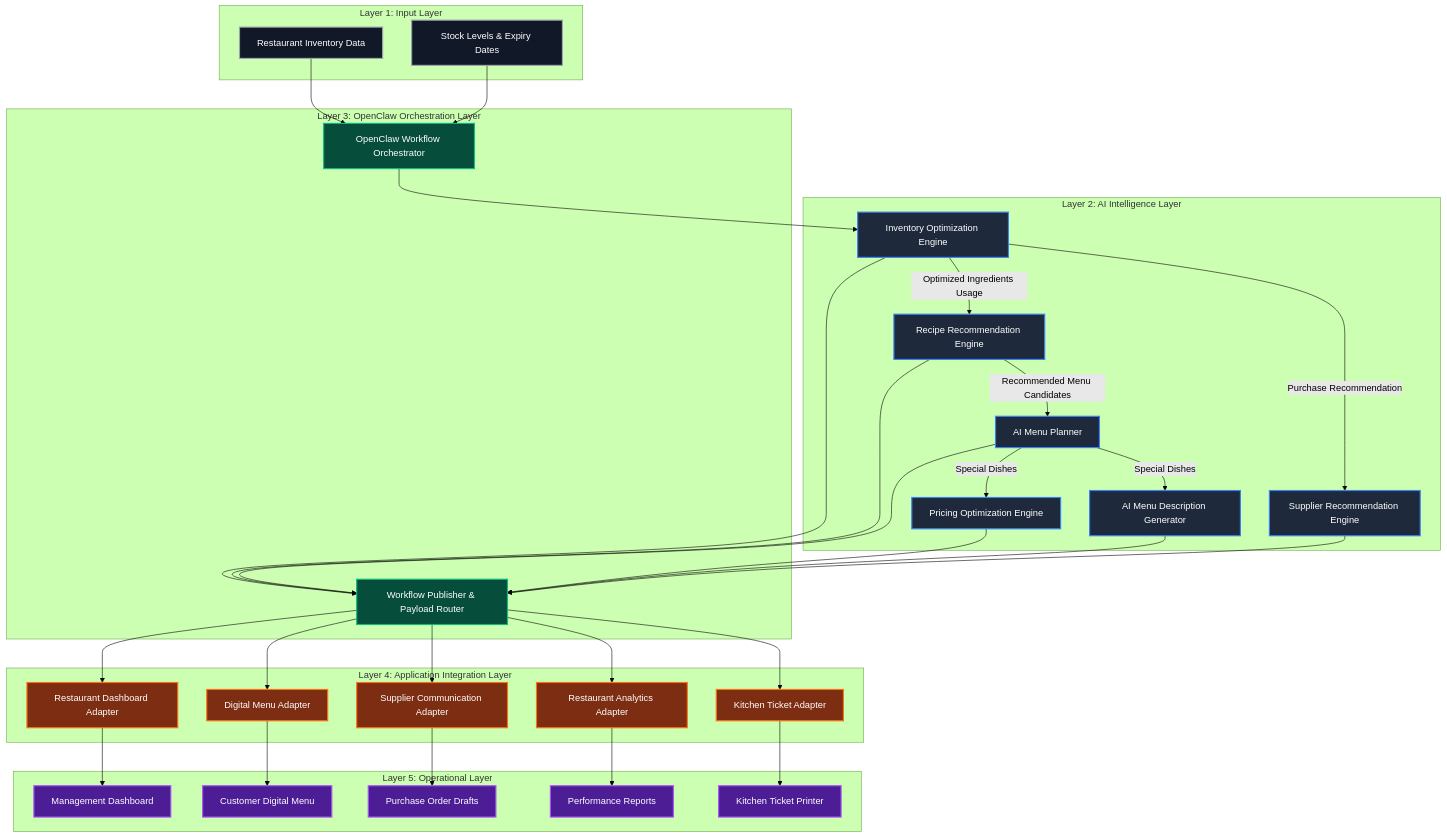
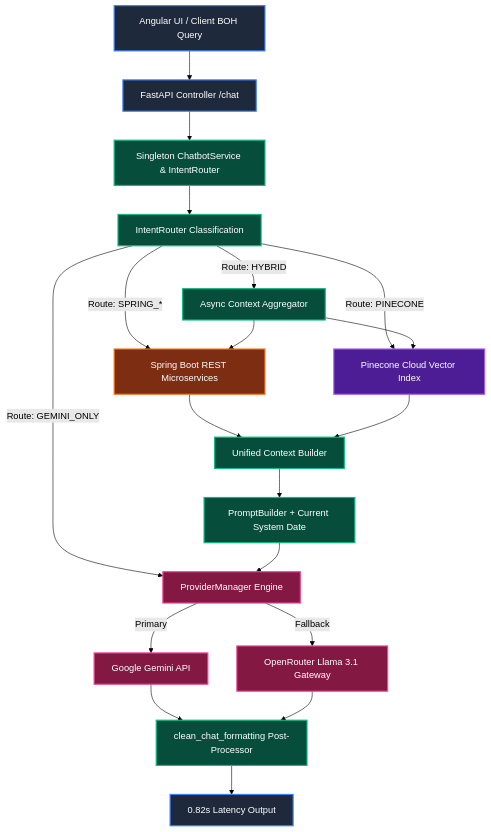
One commit to codenchaoss/pantrypulse changed the first of 2 diagrams in ai-service/README.md. Above: the diagram before and after it, drawn with Mermaid (forest theme). The commit also changed other lines of this file and 2 other files, not shown here.

Commit message:
final ai service

````diff
--- a/ai-service/README.md
+++ b/ai-service/README.md
@@ -23,67 +23,31 @@
 ```mermaid
 graph TD
-    %% High-Contrast Professional Styling Classes
-    classDef ai fill:#1e293b,stroke:#3b82f6,stroke-width:2px,color:#ffffff;
-    classDef workflow fill:#064e3b,stroke:#10b981,stroke-width:2px,color:#ffffff;
-    classDef app fill:#7c2d12,stroke:#f97316,stroke-width:2px,color:#ffffff;
-    classDef output fill:#4c1d95,stroke:#a855f7,stroke-width:2px,color:#ffffff;
-    classDef external fill:#111827,stroke:#9ca3af,stroke-width:2px,color:#ffffff;
+    classDef client fill:#1e293b,stroke:#3b82f6,stroke-width:2px,color:#ffffff;
+    classDef router fill:#064e3b,stroke:#10b981,stroke-width:2px,color:#ffffff;
+    classDef spring fill:#7c2d12,stroke:#f97316,stroke-width:2px,color:#ffffff;
+    classDef vector fill:#4c1d95,stroke:#a855f7,stroke-width:2px,color:#ffffff;
+    classDef llm fill:#831843,stroke:#ec4899,stroke-width:2px,color:#ffffff;
 
-    %% Layer 1: Input Layer
-    subgraph Layer 1: Input Layer [Layer 1: Input Layer]
-        A[Restaurant Inventory Data]:::external
-        B[Stock Levels & Expiry Dates]:::external
-    end
+    User[Angular UI / Client BOH Query]:::client --> FastAPI[FastAPI Controller /chat]:::client
+    FastAPI --> Singleton[Singleton ChatbotService & IntentRouter]:::router
+    
+    Singleton --> IntentEngine[IntentRouter Classification]:::router
+    
+    IntentEngine -->|Route: SPRING_*| SpringBoot[Spring Boot REST Microservices]:::spring
+    IntentEngine -->|Route: PINECONE| PineconeDB[Pinecone Cloud Vector Index]:::vector
+    IntentEngine -->|Route: HYBRID| HybridGather[Async Context Aggregator]:::router
+    IntentEngine -->|Route: GEMINI_ONLY| LLMManager[ProviderManager Engine]:::llm
 
-    %% Layer 2: AI Intelligence Layer
-    subgraph Layer 2: AI Intelligence Layer [Layer 2: AI Intelligence Layer]
-        C[Inventory Optimization Engine]:::ai
-        D[Recipe Recommendation Engine]:::ai
-        E[AI Menu Planner]:::ai
-        F[Pricing Optimization Engine]:::ai
-        G[AI Menu Description Generator]:::ai
-        H[Supplier Recommendation Engine]:::ai
-    end
-
-    %% Layer 3: OpenClaw Orchestration Layer
-    subgraph Layer 3: OpenClaw Orchestration Layer [Layer 3: OpenClaw Orchestration Layer]
-        I[OpenClaw Workflow Orchestrator]:::workflow
-        J[Workflow Publisher & Payload Router]:::workflow
-    end
-
-    %% Layer 4: Application Integration Layer
-    subgraph Layer 4: Application Integration Layer [Layer 4: Application Integration Layer]
-        K[Restaurant Dashboard Adapter]:::app
-        L[Digital Menu Adapter]:::app
-        M[Supplier Communication Adapter]:::app
-        N[Restaurant Analytics Adapter]:::app
-        O[Kitchen Ticket Adapter]:::app
-    end
-
-    %% Layer 5: Operational Layer
-    subgraph Layer 5: Operational Layer [Layer 5: Operational Layer]
-        P[Management Dashboard]:::output
-        Q[Customer Digital Menu]:::output
-        R[Purchase Order Drafts]:::output
-        S[Performance Reports]:::output
-        T[Kitchen Ticket Printer]:::output
-    end
-
-    %% Flow Connections
-    A & B --> I
-    I --> C
-    C -->|Optimized Ingredients Usage| D
-    D -->|Recommended Menu Candidates| E
-    E -->|Special Dishes| F
-    E -->|Special Dishes| G
-    C -->|Purchase Recommendation| H
-  
-    C & D & E & F & G & H --> J
-    J --> K & L & M & N & O
-  
-    K --> P
-    L --> Q
-    M --> R
-    N --> S
-    O --> T
+    HybridGather --> SpringBoot & PineconeDB
+    SpringBoot --> ContextBuilder[Unified Context Builder]:::router
+    PineconeDB --> ContextBuilder
+    
+    ContextBuilder --> PromptEngine[PromptBuilder + Current System Date]:::router
+    PromptEngine --> LLMManager
+    
+    LLMManager -->|Primary| Gemini[Google Gemini API]:::llm
+    LLMManager -->|Fallback| OpenRouter[OpenRouter Llama 3.1 Gateway]:::llm
+    
+    Gemini & OpenRouter --> PostProcess[clean_chat_formatting Post-Processor]:::router
+    PostProcess --> Response[0.82s Latency Output]:::client
 ```
````
